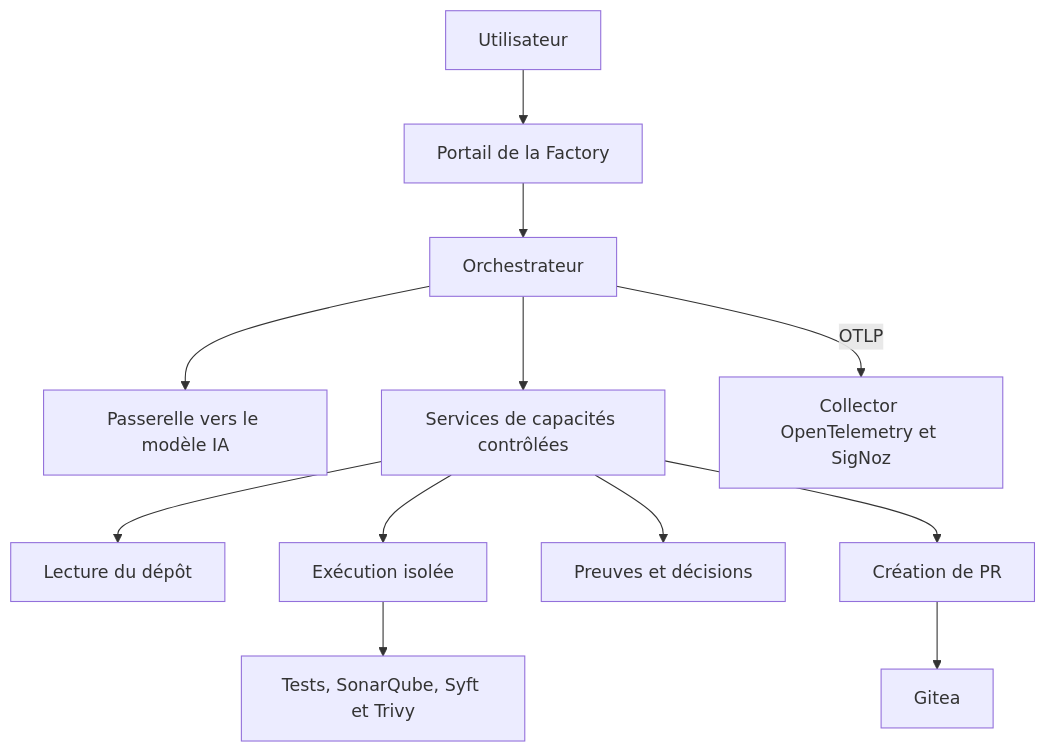
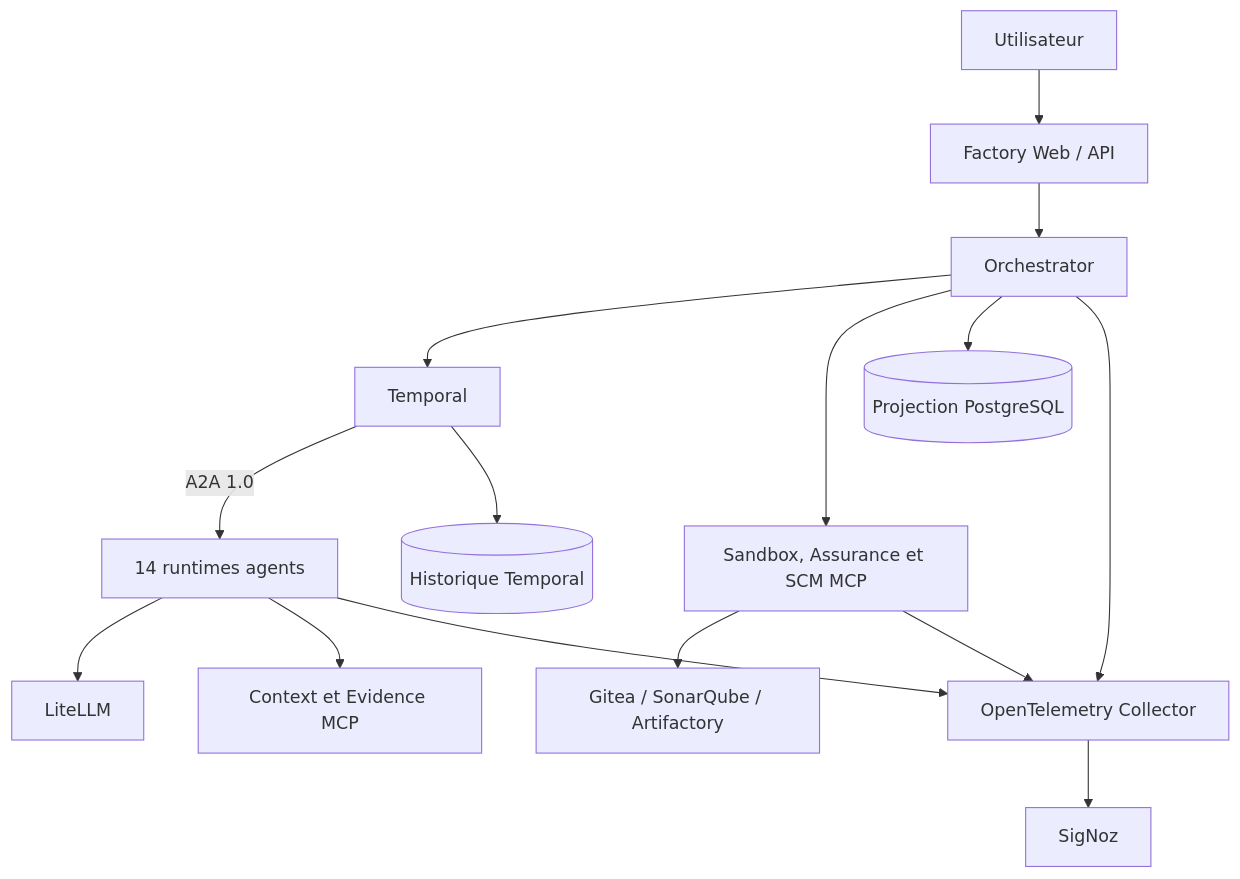
One commit to dbeaumont/ai-software-factory-local changed the second of 3 diagrams in docs/overview/executive-summary.md. Above: the diagram before and after it, drawn with Mermaid. The commit also changed other lines of this file and 28 other files, not shown here.

````diff
--- a/docs/overview/executive-summary.md
+++ b/docs/overview/executive-summary.md
@@ -128,16 +43,17 @@
 ```mermaid
 flowchart TB
-  USER[Utilisateur] --> WEB[Portail de la Factory]
-  WEB --> ORCH[Orchestrateur]
-  ORCH --> MODEL[Passerelle vers le modèle IA]
-  ORCH --> MCP[Services de capacités contrôlées]
-
-  MCP --> CONTEXT[Lecture du dépôt]
-  MCP --> SANDBOX[Exécution isolée]
-  MCP --> EVIDENCE[Preuves et décisions]
-  MCP --> SCM[Création de PR]
-
-  SANDBOX --> QUALITY[Tests, SonarQube, Syft et Trivy]
-  SCM --> GIT[Gitea]
-  ORCH -->|OTLP| OBS[Collector OpenTelemetry et SigNoz]
+  USER[Utilisateur] --> WEB[Factory Web / API]
+  WEB --> ORCH[Orchestrator]
+  ORCH --> TEMP[Temporal]
+  TEMP -->|A2A 1.0| FLEET[14 runtimes agents]
+  FLEET --> LLM[LiteLLM]
+  FLEET --> RMCP[Context et Evidence MCP]
+  ORCH --> EMCP[Sandbox, Assurance et SCM MCP]
+  EMCP --> TOOLS[Gitea / SonarQube / Artifactory]
+  ORCH --> PG[(Projection PostgreSQL)]
+  TEMP --> TPG[(Historique Temporal)]
+  ORCH --> OTEL[OpenTelemetry Collector]
+  FLEET --> OTEL
+  EMCP --> OTEL
+  OTEL --> SIGNOZ[SigNoz]
 ```
````
